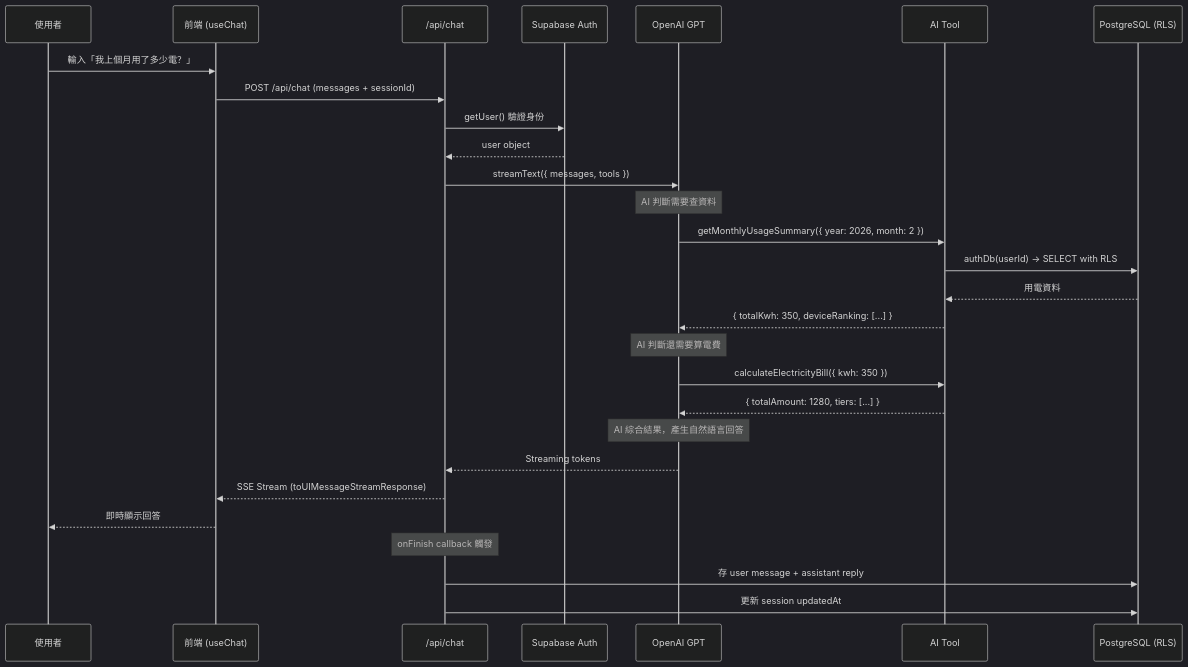
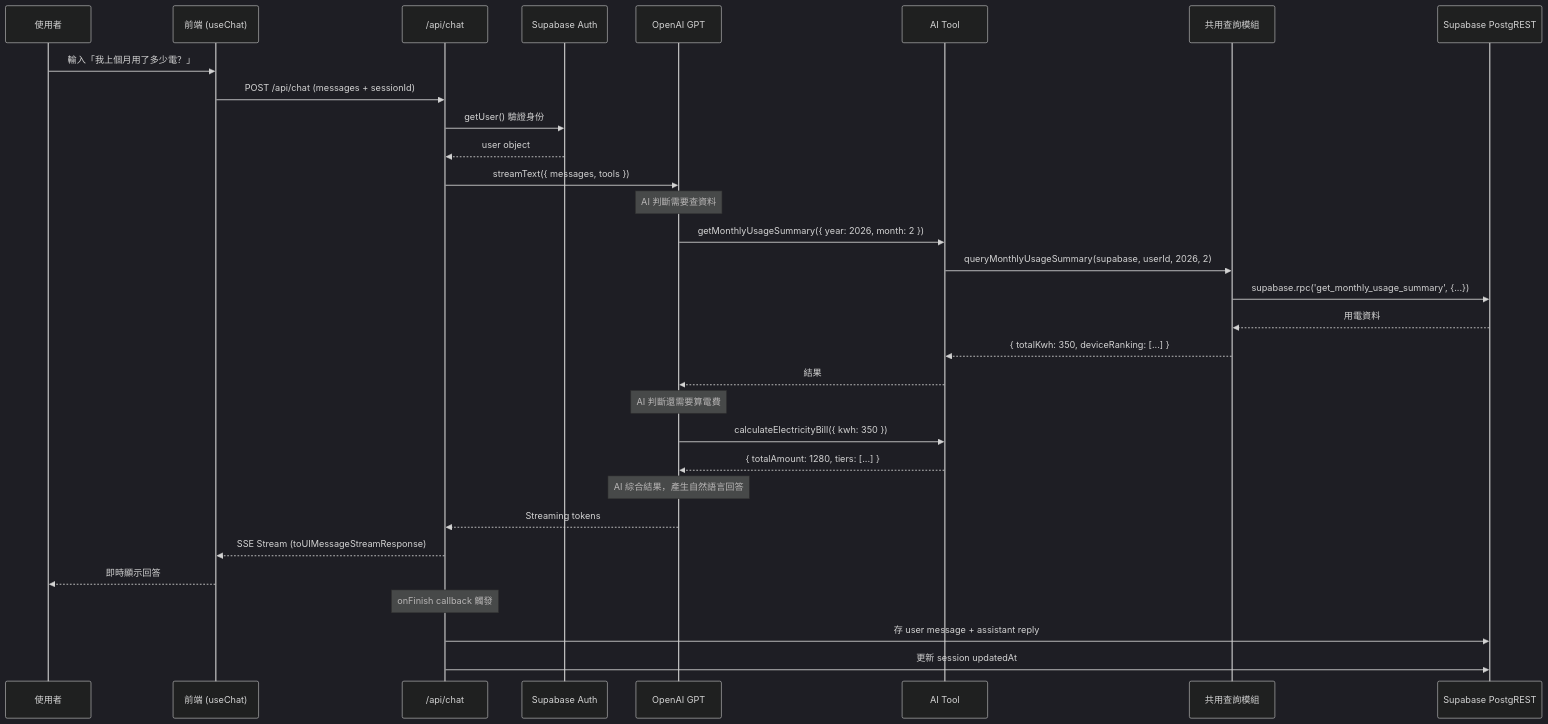
One commit to ahwei/HomePower changed the second of 3 diagrams in docs/ai-sdk-architecture.md. Above: the diagram before and after it, drawn with Mermaid (dark theme). The commit also changed other lines of this file and 8 other files, not shown here.

````diff
--- a/docs/ai-sdk-architecture.md
+++ b/docs/ai-sdk-architecture.md
@@ -54,39 +54,42 @@
 ```mermaid
 sequenceDiagram
     participant U as 使用者
     participant FE as 前端 (useChat)
     participant API as /api/chat
     participant Auth as Supabase Auth
     participant LLM as OpenAI GPT
     participant Tool as AI Tool
-    participant DB as PostgreSQL (RLS)
+    participant Q as 共用查詢模組
+    participant DB as Supabase PostgREST
 
     U->>FE: 輸入「我上個月用了多少電？」
     FE->>API: POST /api/chat (messages + sessionId)
     API->>Auth: getUser() 驗證身份
     Auth-->>API: user object
 
     API->>LLM: streamText({ messages, tools })
 
     Note over LLM: AI 判斷需要查資料
 
     LLM->>Tool: getMonthlyUsageSummary({ year: 2026, month: 2 })
-    Tool->>DB: authDb(userId) → SELECT with RLS
-    DB-->>Tool: 用電資料
-    Tool-->>LLM: { totalKwh: 350, deviceRanking: [...] }
+    Tool->>Q: queryMonthlyUsageSummary(supabase, userId, 2026, 2)
+    Q->>DB: supabase.rpc('get_monthly_usage_summary', {...})
+    DB-->>Q: 用電資料
+    Q-->>Tool: { totalKwh: 350, deviceRanking: [...] }
+    Tool-->>LLM: 結果
 
     Note over LLM: AI 判斷還需要算電費
 
     LLM->>Tool: calculateElectricityBill({ kwh: 350 })
     Tool-->>LLM: { totalAmount: 1280, tiers: [...] }
 
     Note over LLM: AI 綜合結果，產生自然語言回答
 
     LLM-->>API: Streaming tokens
     API-->>FE: SSE Stream (toUIMessageStreamResponse)
     FE-->>U: 即時顯示回答
 
     Note over API: onFinish callback 觸發
     API->>DB: 存 user message + assistant reply
     API->>DB: 更新 session updatedAt
 ```
````
